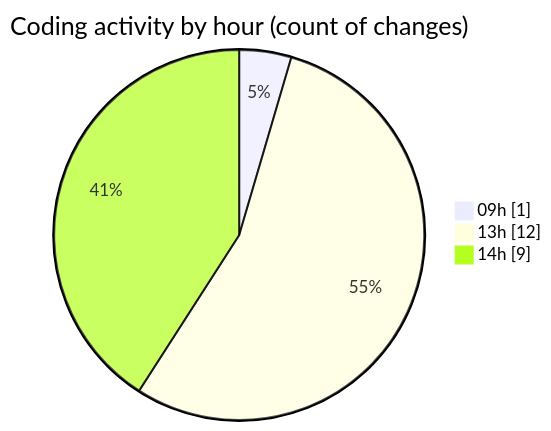
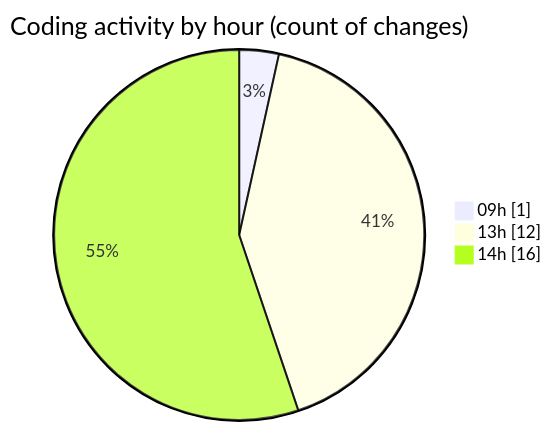
The second of 2 diagrams in 2025-05-21/niten/README.md (Elitesun/code-tracking), drawn with Mermaid before and after one commit. The commit also changed other lines of this file and 1 other file, not shown here.

````diff
--- a/2025-05-21/niten/README.md
+++ b/2025-05-21/niten/README.md
@@ -41,7 +43,7 @@
 ```mermaid
 pie showData
 title Coding activity by hour (count of changes)
 "09h" : 1
 "13h" : 12
-"14h" : 9
+"14h" : 16
 ```
````
